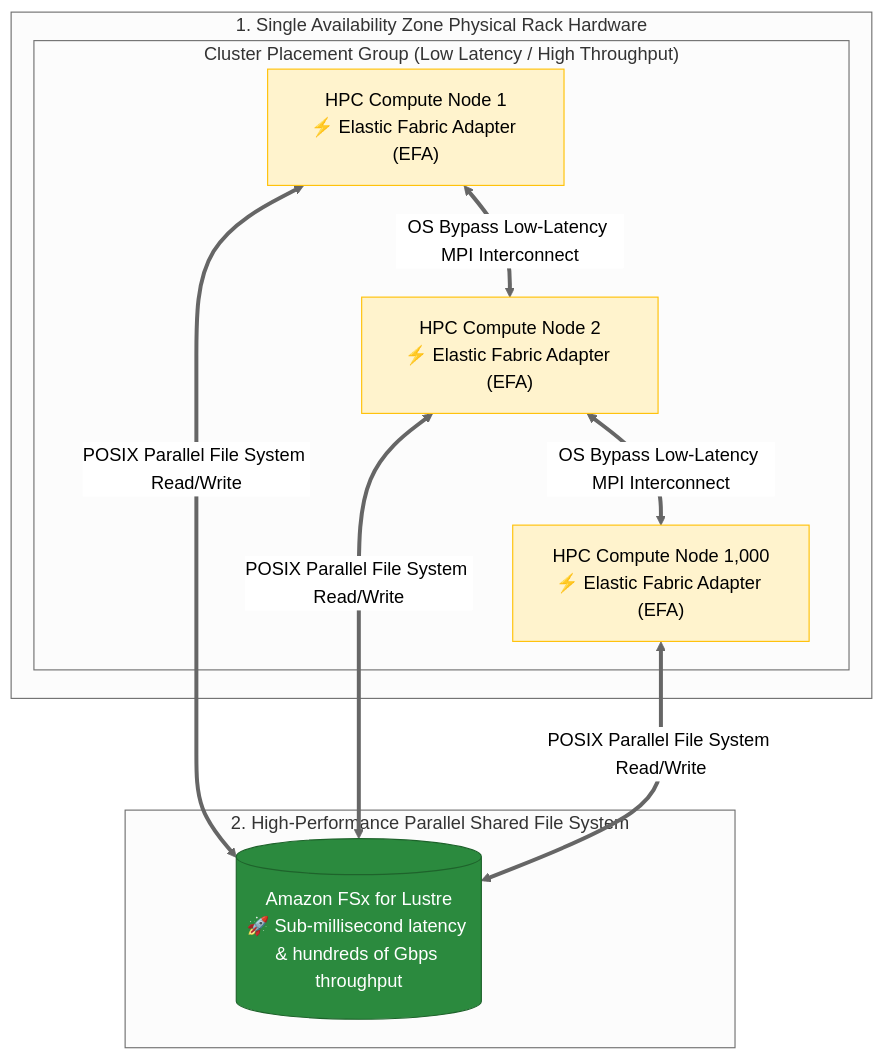
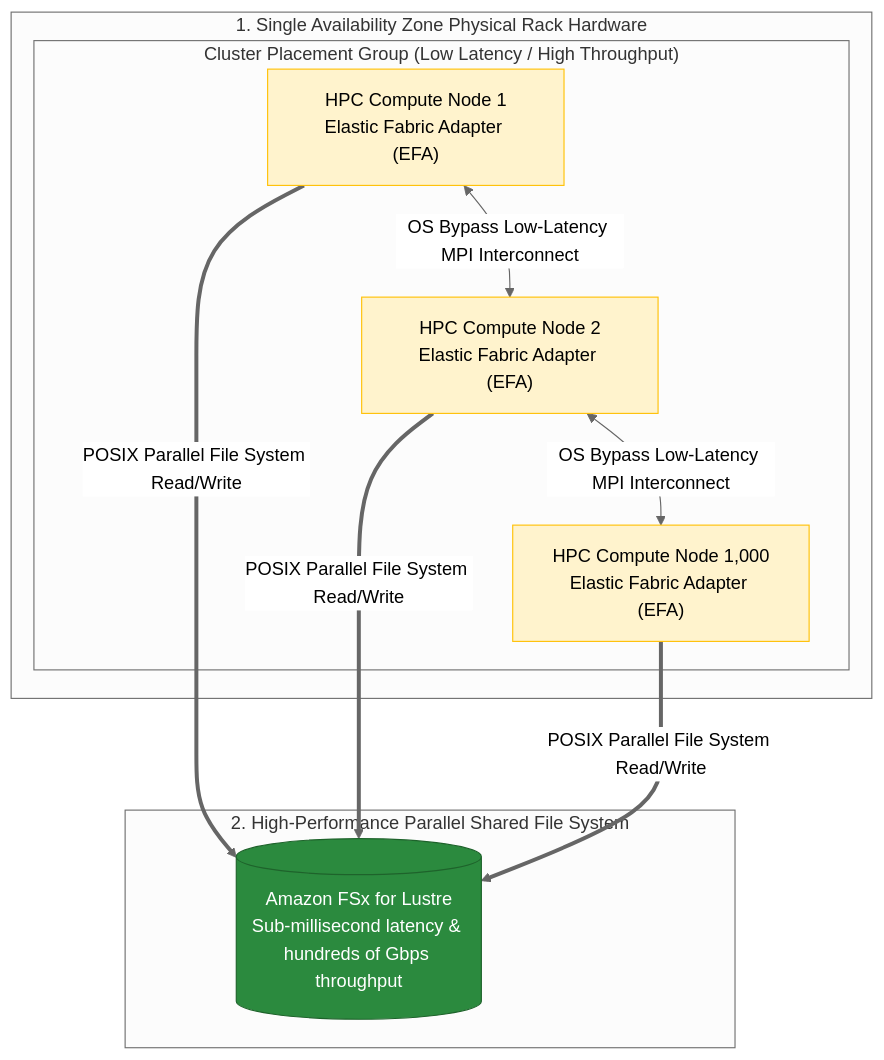
The eighth of 9 diagrams in Professional/3.3 High-performing systems architectures (for example, auto scaling, instance fleets, placement groups).md (ReginRavi/AIP-C01), drawn with Mermaid (neutral theme) before and after one commit. The commit also changed other lines of this file and 1 other file, not shown here.

Commit message:
Fix mermaid diagram syntax in Global service offerings and High-performing systems architectures notes

````diff
--- a/Professional/3.3 High-performing systems architectures (for example, auto scaling, instance fleets, placement groups).md
+++ b/Professional/3.3 High-performing systems architectures (for example, auto scaling, instance fleets, placement groups).md
@@ -349,24 +373,27 @@
 ```mermaid
 flowchart TD
     subgraph SingleAZ ["1. Single Availability Zone Physical Rack Hardware"]
         subgraph ClusterPG ["Cluster Placement Group (Low Latency / High Throughput)"]
-            Node1["HPC Compute Node 1<br/>⚡ Elastic Fabric Adapter (EFA)"]
-            Node2["HPC Compute Node 2<br/>⚡ Elastic Fabric Adapter (EFA)"]
-            NodeN["HPC Compute Node 1,000<br/>⚡ Elastic Fabric Adapter (EFA)"]
-
-            Node1 <==>|"OS Bypass Low-Latency MPI Interconnect"| Node2 <==>|"OS Bypass Low-Latency MPI Interconnect"| NodeN
+            Node1["HPC Compute Node 1<br/>Elastic Fabric Adapter (EFA)"]
+            Node2["HPC Compute Node 2<br/>Elastic Fabric Adapter (EFA)"]
+            NodeN["HPC Compute Node 1,000<br/>Elastic Fabric Adapter (EFA)"]
         end
     end
 
     subgraph StorageTier ["2. High-Performance Parallel Shared File System"]
-        FSxLustre[("Amazon FSx for Lustre<br/>🚀 Sub-millisecond latency & hundreds of Gbps throughput")]
+        FSxLustre[("Amazon FSx for Lustre<br/>Sub-millisecond latency & hundreds of Gbps throughput")]
+    end
 
-        Node1 & Node2 & NodeN <==>|"POSIX Parallel File System Read/Write"| FSxLustre
-    end
+    Node1 <-->|"OS Bypass Low-Latency MPI Interconnect"| Node2
+    Node2 <-->|"OS Bypass Low-Latency MPI Interconnect"| NodeN
+
+    Node1 ==>|"POSIX Parallel File System Read/Write"| FSxLustre
+    Node2 ==>|"POSIX Parallel File System Read/Write"| FSxLustre
+    NodeN ==>|"POSIX Parallel File System Read/Write"| FSxLustre
 
     classDef node fill:#fff3cd,stroke:#ffc107,stroke-width:1px;
     classDef storage fill:#2b8a3e,stroke:#1e632b,color:#ffffff;
 
     class Node1,Node2,NodeN node;
     class FSxLustre storage;
 ```
````
